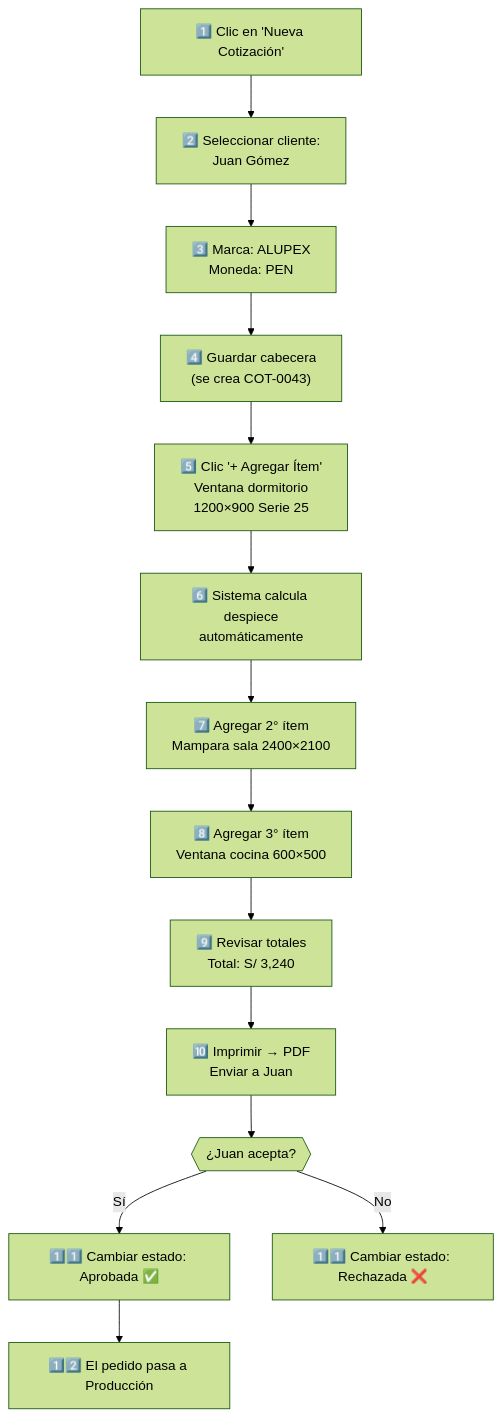
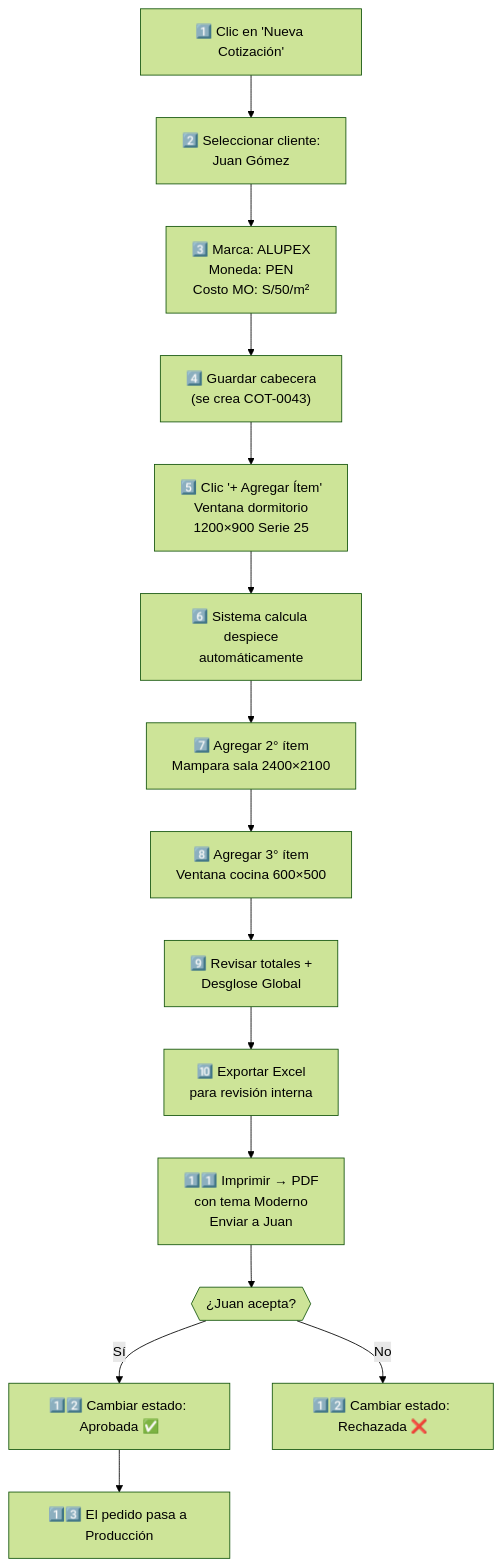
Before and after one commit to redentor159/sistema-erp-inventario: the ninth of 9 diagrams in docs/tutoriales/T02_TUTORIAL_COTIZACIONES.md, drawn with Mermaid (forest theme). The commit also changed other lines of this file and 17 other files, not shown here.

````diff
--- a/docs/tutoriales/T02_TUTORIAL_COTIZACIONES.md
+++ b/docs/tutoriales/T02_TUTORIAL_COTIZACIONES.md
@@ -384,16 +608,17 @@
 ```mermaid
 flowchart TD
     A["1️⃣ Clic en 'Nueva Cotización'"] --> B["2️⃣ Seleccionar cliente:<br/>Juan Gómez"]
-    B --> C["3️⃣ Marca: ALUPEX<br/>Moneda: PEN"]
+    B --> C["3️⃣ Marca: ALUPEX<br/>Moneda: PEN<br/>Costo MO: S/50/m²"]
     C --> D["4️⃣ Guardar cabecera<br/>(se crea COT-0043)"]
     D --> E["5️⃣ Clic '+ Agregar Ítem'<br/>Ventana dormitorio<br/>1200×900 Serie 25"]
     E --> F["6️⃣ Sistema calcula despiece<br/>automáticamente"]
     F --> G["7️⃣ Agregar 2° ítem<br/>Mampara sala 2400×2100"]
     G --> H["8️⃣ Agregar 3° ítem<br/>Ventana cocina 600×500"]
-    H --> I["9️⃣ Revisar totales<br/>Total: S/ 3,240"]
-    I --> J["🔟 Imprimir → PDF<br/>Enviar a Juan"]
-    J --> K{{"¿Juan acepta?"}}
-    K -- "Sí" --> L["1️⃣1️⃣ Cambiar estado: Aprobada ✅"]
-    K -- "No" --> M["1️⃣1️⃣ Cambiar estado: Rechazada ❌"]
-    L --> N["1️⃣2️⃣ El pedido pasa a Producción"]
+    H --> I["9️⃣ Revisar totales +<br/>Desglose Global"]
+    I --> J["🔟 Exportar Excel<br/>para revisión interna"]
+    J --> K["1️⃣1️⃣ Imprimir → PDF<br/>con tema Moderno<br/>Enviar a Juan"]
+    K --> L{{"¿Juan acepta?"}}
+    L -- "Sí" --> M["1️⃣2️⃣ Cambiar estado: Aprobada ✅"]
+    L -- "No" --> N["1️⃣2️⃣ Cambiar estado: Rechazada ❌"]
+    M --> O["1️⃣3️⃣ El pedido pasa a Producción"]
 ```
````
